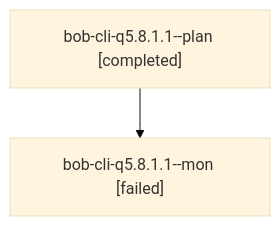
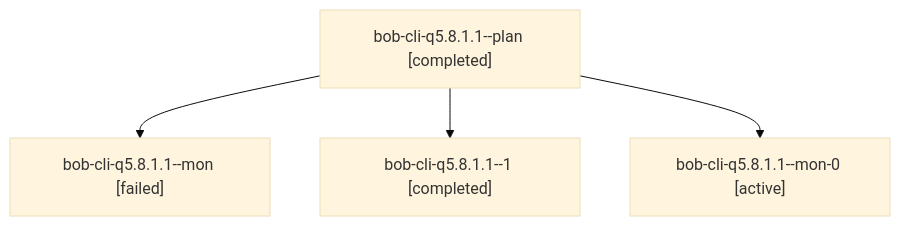
The diagram in sessions/bbugyi200.athena.bob-cli-q5.8.1.1.md (bobs-org/bob-cli--agents), drawn with Mermaid (base theme) before and after one commit. The commit also changed other lines of this file and 168 other files, not shown here.

````diff
--- a/sessions/bbugyi200.athena.bob-cli-q5.8.1.1.md
+++ b/sessions/bbugyi200.athena.bob-cli-q5.8.1.1.md
@@ -9,6 +9,10 @@
 ```mermaid
 flowchart TD
   n0["bob-cli-q5.8.1.1--plan [completed]"]
   n1["bob-cli-q5.8.1.1--mon [failed]"]
   n0 --> n1
+  n2["bob-cli-q5.8.1.1--1 [completed]"]
+  n0 --> n2
+  n3["bob-cli-q5.8.1.1--mon-0 [active]"]
+  n0 --> n3
 ```
````
